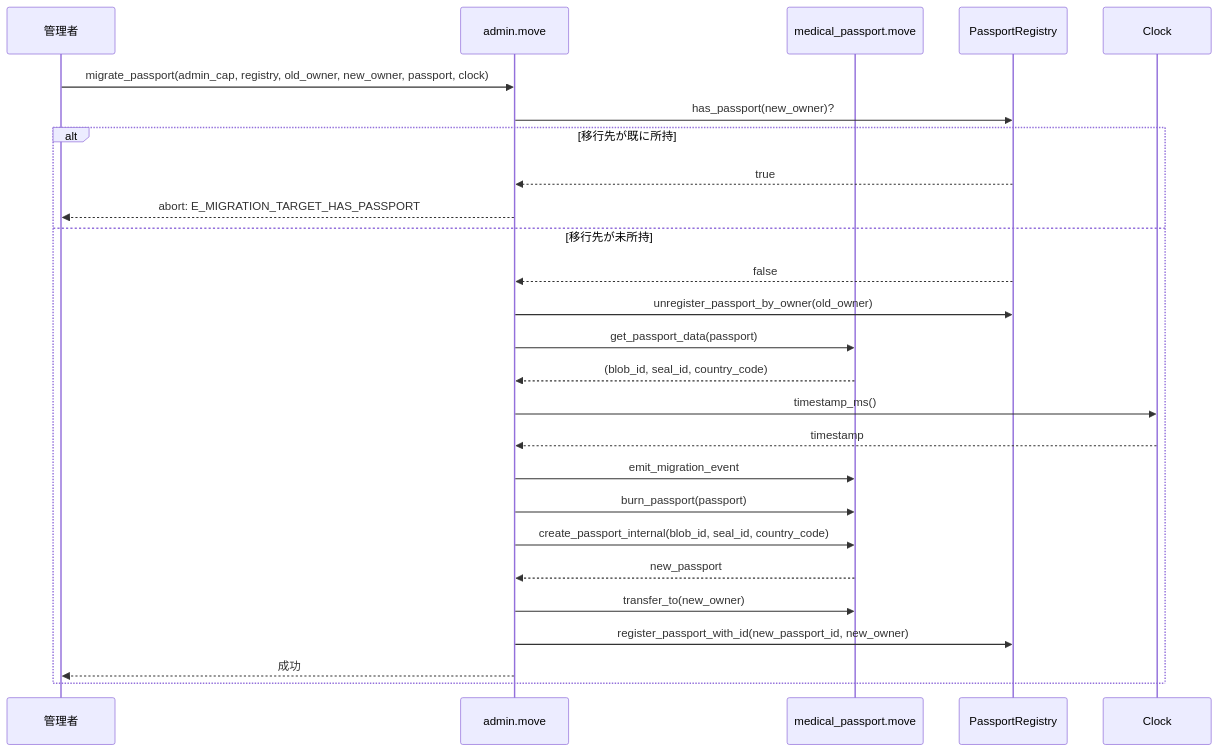
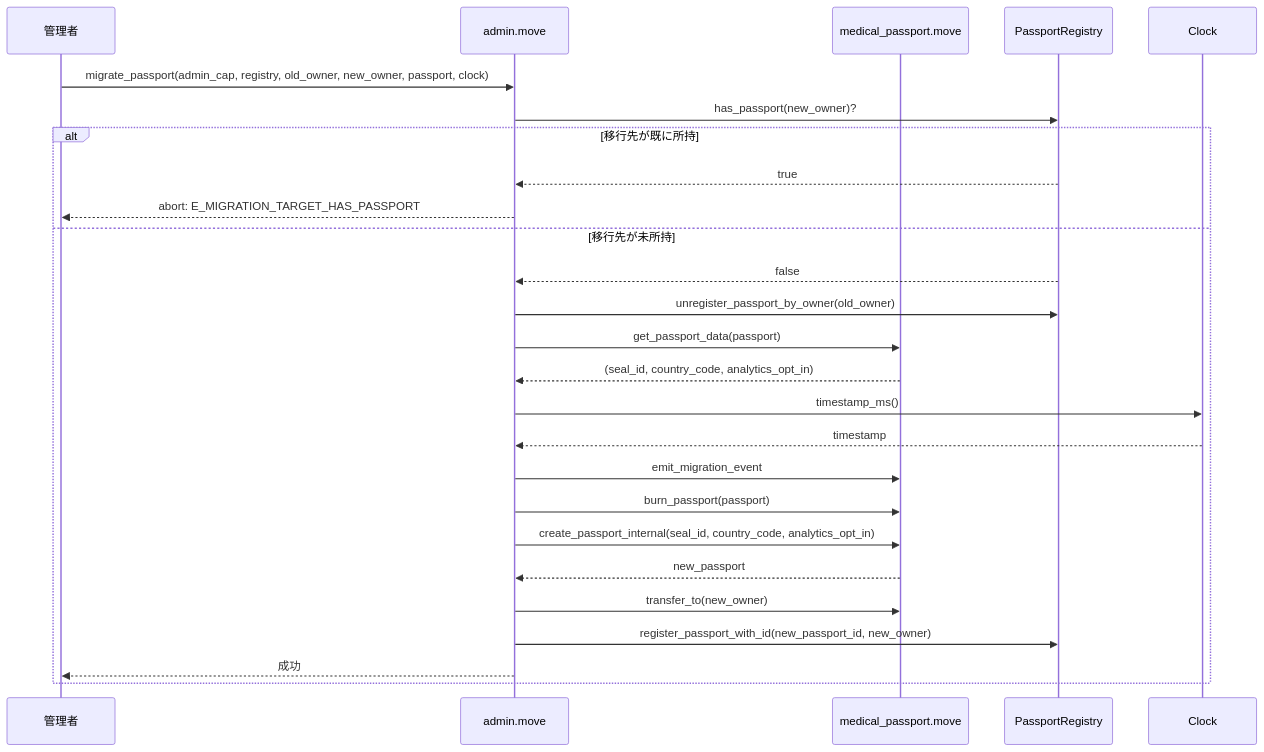
The sixth of 6 diagrams in docs/contract.md (UnagiLabs/cure_pocket), drawn with Mermaid before and after one commit. The commit also changed other lines of this file, not shown here.

````diff
--- a/docs/contract.md
+++ b/docs/contract.md
@@ -455,29 +469,29 @@
 ```mermaid
 sequenceDiagram
     participant Admin as 管理者
     participant ADM as admin.move
     participant MP as medical_passport.move
     participant REG as PassportRegistry
     participant Clock as Clock
 
     Admin->>ADM: migrate_passport(admin_cap, registry, old_owner, new_owner, passport, clock)
     ADM->>REG: has_passport(new_owner)?
     alt 移行先が既に所持
         REG-->>ADM: true
         ADM-->>Admin: abort: E_MIGRATION_TARGET_HAS_PASSPORT
     else 移行先が未所持
         REG-->>ADM: false
         ADM->>REG: unregister_passport_by_owner(old_owner)
         ADM->>MP: get_passport_data(passport)
-        MP-->>ADM: (blob_id, seal_id, country_code)
+        MP-->>ADM: (seal_id, country_code, analytics_opt_in)
         ADM->>Clock: timestamp_ms()
         Clock-->>ADM: timestamp
         ADM->>MP: emit_migration_event
         ADM->>MP: burn_passport(passport)
-        ADM->>MP: create_passport_internal(blob_id, seal_id, country_code)
+        ADM->>MP: create_passport_internal(seal_id, country_code, analytics_opt_in)
         MP-->>ADM: new_passport
         ADM->>MP: transfer_to(new_owner)
         ADM->>REG: register_passport_with_id(new_passport_id, new_owner)
         ADM-->>Admin: 成功
     end
 ```
````
